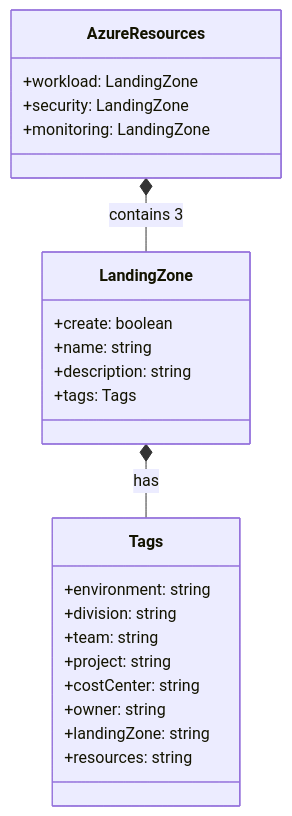
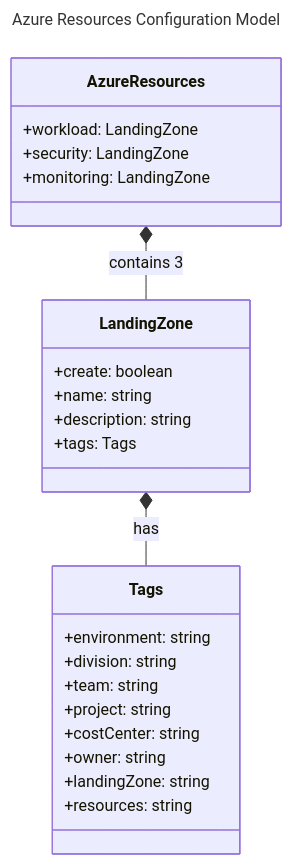
One commit to Evilazaro/DevExp-DevBox changed the second of 13 diagrams in docs/architecture/02-data-architecture.md. Above: the diagram before and after it, drawn with Mermaid. The commit also changed other lines of this file, not shown here.

Commit message:
Refactor data architecture documentation to enhance clarity and detail in diagrams and relationships

````diff
--- a/docs/architecture/02-data-architecture.md
+++ b/docs/architecture/02-data-architecture.md
@@ -127,29 +130,32 @@
 ```mermaid
+---
+title: Azure Resources Configuration Model
+---
 classDiagram
     class AzureResources {
         +workload: LandingZone
         +security: LandingZone
         +monitoring: LandingZone
     }
 
     class LandingZone {
         +create: boolean
         +name: string
         +description: string
         +tags: Tags
     }
 
     class Tags {
         +environment: string
         +division: string
         +team: string
         +project: string
         +costCenter: string
         +owner: string
         +landingZone: string
         +resources: string
     }
 
     AzureResources *-- LandingZone : contains 3
     LandingZone *-- Tags : has
 ```
````
